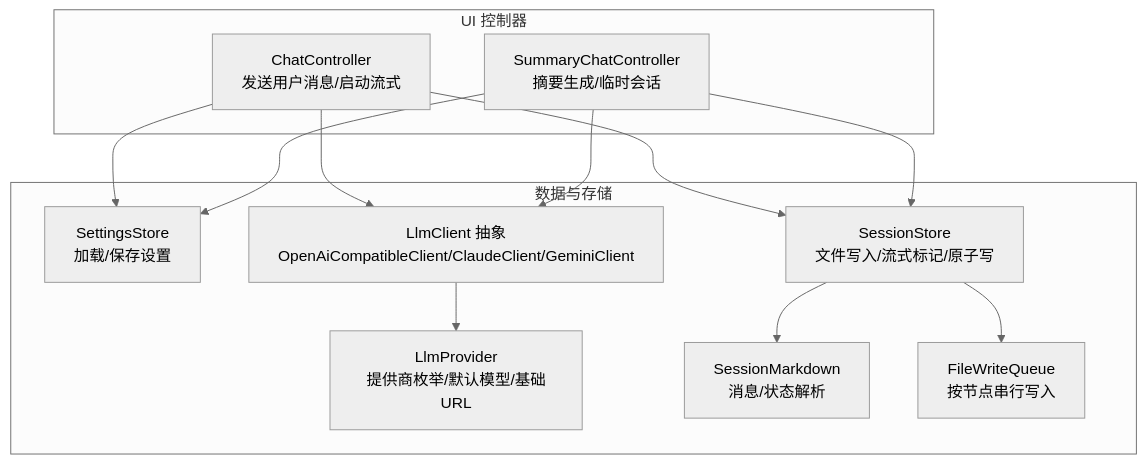
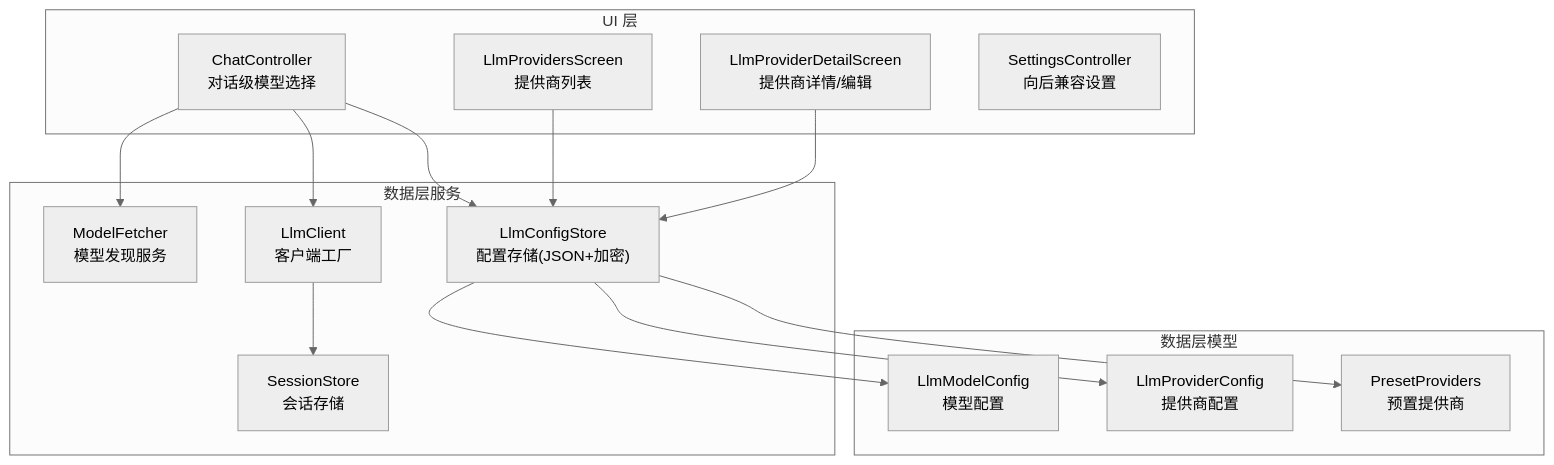
One commit to Ykworm/thktree changed the first of 5 diagrams in .qoder/repowiki/zh/content/LLM 集成/LLM 集成.md. Above: the diagram before and after it, drawn with Mermaid (neutral theme). The commit also changed other lines of this file and 45 other files, not shown here.

````diff
--- a/.qoder/repowiki/zh/content/LLM 集成/LLM 集成.md
+++ b/.qoder/repowiki/zh/content/LLM 集成/LLM 集成.md
@@ -48,24 +83,29 @@
 ```mermaid
 graph TB
-subgraph "UI 控制器"
-C1["ChatController<br/>发送用户消息/启动流式"]
-C2["SummaryChatController<br/>摘要生成/临时会话"]
+subgraph "UI 层"
+C1["ChatController<br/>对话级模型选择"]
+PS["LlmProvidersScreen<br/>提供商列表"]
+PDS["LlmProviderDetailScreen<br/>提供商详情/编辑"]
+SC["SettingsController<br/>向后兼容设置"]
 end
-subgraph "数据与存储"
-S1["SettingsStore<br/>加载/保存设置"]
-P1["LlmProvider<br/>提供商枚举/默认模型/基础URL"]
-L1["LlmClient 抽象<br/>OpenAiCompatibleClient/ClaudeClient/GeminiClient"]
-SM["SessionMarkdown<br/>消息/状态解析"]
-SS["SessionStore<br/>文件写入/流式标记/原子写"]
-FW["FileWriteQueue<br/>按节点串行写入"]
+subgraph "数据层模型"
+MC["LlmModelConfig<br/>模型配置"]
+PC["LlmProviderConfig<br/>提供商配置"]
+PT["PresetProviders<br/>预置提供商"]
 end
-C1 --> S1
-C2 --> S1
-C1 --> L1
-C2 --> L1
-L1 --> P1
-C1 --> SS
-C2 --> SS
-SS --> SM
-SS --> FW
+subgraph "数据层服务"
+MF["ModelFetcher<br/>模型发现服务"]
+LCS["LlmConfigStore<br/>配置存储(JSON+加密)"]
+LC["LlmClient<br/>客户端工厂"]
+SS["SessionStore<br/>会话存储"]
+end
+C1 --> LCS
+PS --> LCS
+PDS --> LCS
+C1 --> MF
+C1 --> LC
+LCS --> MC
+LCS --> PC
+LCS --> PT
+LC --> SS
 ```
````
